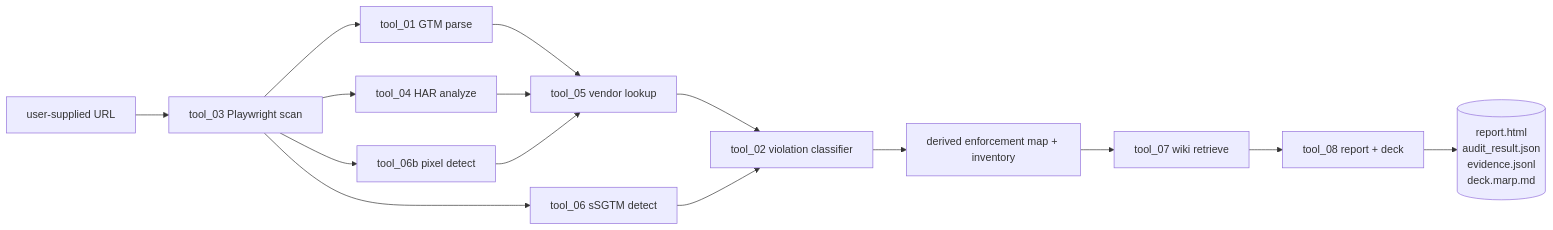
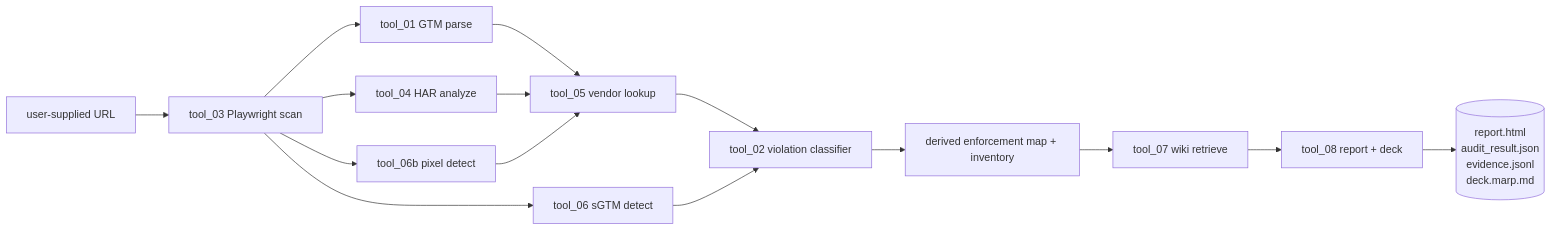
One commit to kb223/consent-engine changed the diagram in docs/scenarios.md. Above: the diagram before and after it, drawn with Mermaid. The commit also changed other lines of this file and 23 other files, not shown here.

````diff
--- a/docs/scenarios.md
+++ b/docs/scenarios.md
@@ -7,17 +7,17 @@
 ```mermaid
 flowchart LR
     URL[user-supplied URL] --> SCAN[tool_03 Playwright scan]
     SCAN --> GTM[tool_01 GTM parse]
     SCAN --> HAR[tool_04 HAR analyze]
-    SCAN --> SSG[tool_06 sSGTM detect]
+    SCAN --> SSG[tool_06 sGTM detect]
     SCAN --> PIX[tool_06b pixel detect]
     GTM --> VL[tool_05 vendor lookup]
     HAR --> VL
     PIX --> VL
     VL --> CLA[tool_02 violation classifier]
     SSG --> CLA
     CLA --> MAP[derived enforcement map + inventory]
     MAP --> WIK[tool_07 wiki retrieve]
     WIK --> REP[tool_08 report + deck]
     REP --> OUT[(report.html<br/>audit_result.json<br/>evidence.jsonl<br/>deck.marp.md)]
 ```
````
